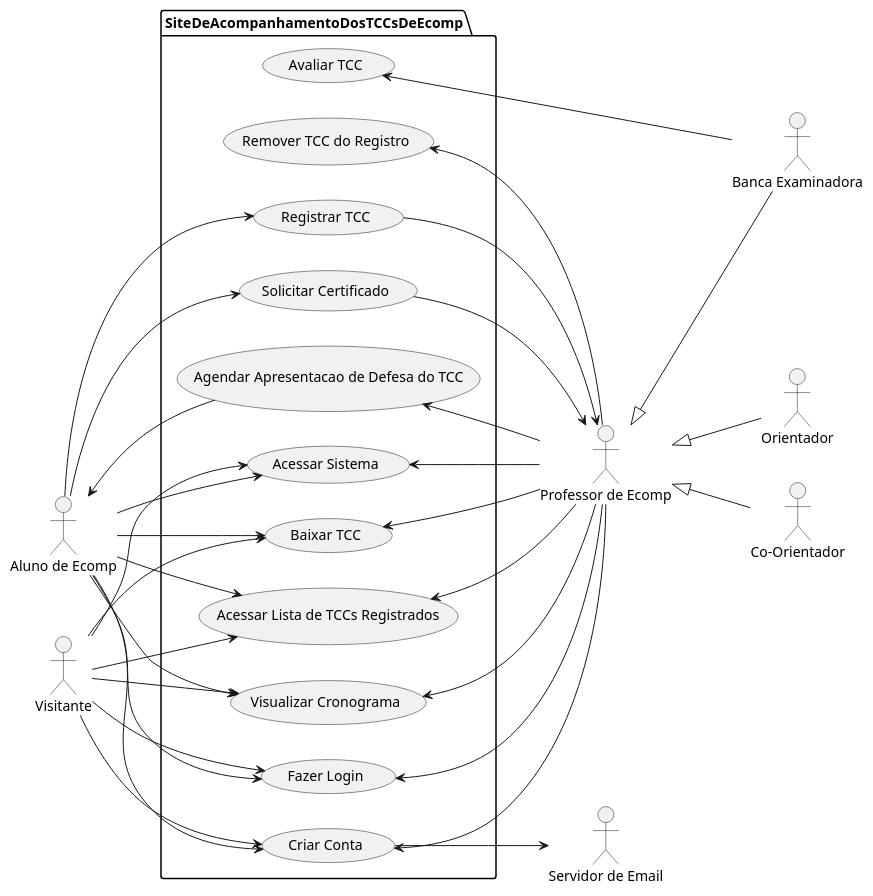
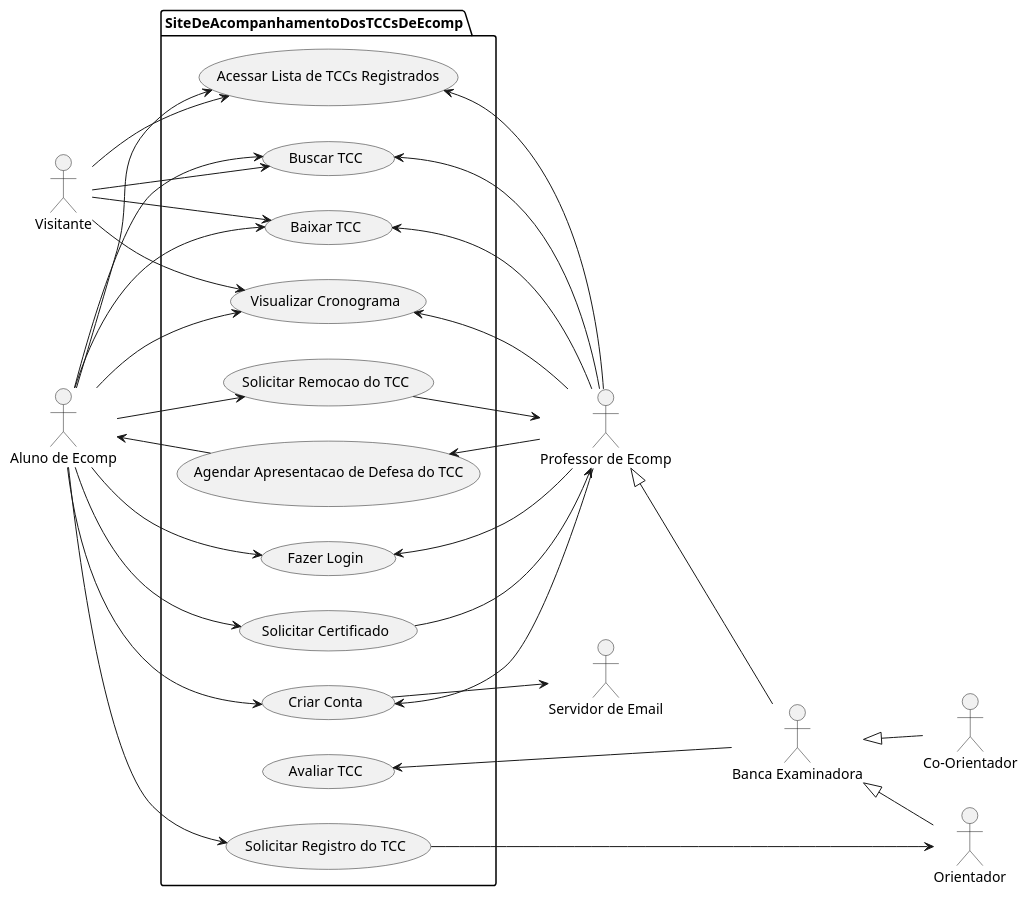
Before and after one commit to OsSociologos/SITCC: the diagram in useCases.plantuml, drawn with PlantUML.

Commit message:
modificações nos casos de uso

```diff
--- a/useCases.plantuml
+++ b/useCases.plantuml
@@ -1,62 +1,61 @@
 @startuml Diagrama de Casos de Uso
 
 left to right direction
 :Aluno de Ecomp:
 :Visitante: 
 :Servidor de Email:
 :Professor de Ecomp: 
 :Orientador:
 :Co-Orientador:
 :Banca Examinadora:
 
 
 package SiteDeAcompanhamentoDosTCCsDeEcomp{
     (Criar Conta) 
     (Fazer Login) 
-    (Acessar Sistema)
     (Visualizar Cronograma)
-    (Registrar TCC)
+    (Solicitar Registro do TCC)
     (Acessar Lista de TCCs Registrados)
-    (Remover TCC do Registro)
     (Baixar TCC)
     (Avaliar TCC)
     (Solicitar Certificado)
     (Agendar Apresentacao de Defesa do TCC)
+    (Buscar TCC)
+    (Solicitar Remocao do TCC)
 }
 
-:Visitante: --> (Criar Conta)
-:Visitante: --> (Fazer Login)
-:Visitante: --> (Acessar Sistema)
 :Visitante: --> (Visualizar Cronograma)
 :Visitante: --> (Acessar Lista de TCCs Registrados)
 :Visitante: --> (Baixar TCC)
+:Visitante: --> (Buscar TCC)
 
 :Professor de Ecomp: -up-> (Criar Conta)
 :Professor de Ecomp: -up-> (Fazer Login)
-:Professor de Ecomp: -up-> (Remover TCC do Registro)
 :Professor de Ecomp: -up-> (Agendar Apresentacao de Defesa do TCC)
 :Professor de Ecomp: -up-> (Visualizar Cronograma)
-:Professor de Ecomp: -up-> (Acessar Sistema)
 :Professor de Ecomp: -up-> (Acessar Lista de TCCs Registrados)
 :Professor de Ecomp: -up-> (Baixar TCC)
+:Professor de Ecomp: --> (Buscar TCC)
 
 :Aluno de Ecomp: --> (Criar Conta)
 :Aluno de Ecomp: --> (Fazer Login)
 :Aluno de Ecomp: --> (Solicitar Certificado)
 :Aluno de Ecomp: --> (Visualizar Cronograma)
 :Aluno de Ecomp: --> (Baixar TCC)
 :Aluno de Ecomp: --> (Acessar Lista de TCCs Registrados)
-:Aluno de Ecomp: --> (Registrar TCC)
-:Aluno de Ecomp: --> (Acessar Sistema)
+:Aluno de Ecomp: --> (Solicitar Registro do TCC)
+:Aluno de Ecomp: --> (Buscar TCC)
+:Aluno de Ecomp: --> (Solicitar Remocao do TCC)
 
-:Orientador: -up-|> :Professor de Ecomp:
-:Co-Orientador: -up-|> :Professor de Ecomp:
+:Orientador: -up-|> :Banca Examinadora:
+:Co-Orientador: -up-|> :Banca Examinadora:
 :Banca Examinadora: -up-|> :Professor de Ecomp:
 :Banca Examinadora: --> (Avaliar TCC)
 
 (Agendar Apresentacao de Defesa do TCC) --> :Aluno de Ecomp:
 (Criar Conta) --> :Servidor de Email:
-(Registrar TCC) --> :Professor de Ecomp:
+(Solicitar Registro do TCC) --> :Orientador:
 (Solicitar Certificado) --> :Professor de Ecomp:
+(Solicitar Remocao do TCC) --> :Professor de Ecomp:
 
 @enduml
```
